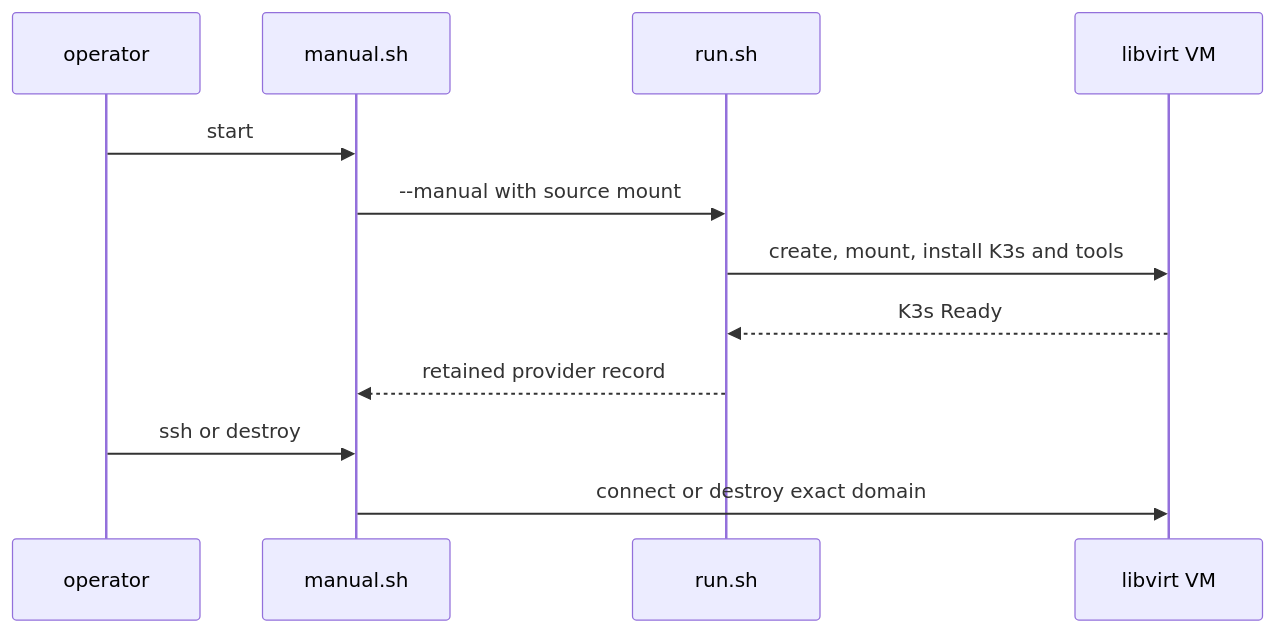
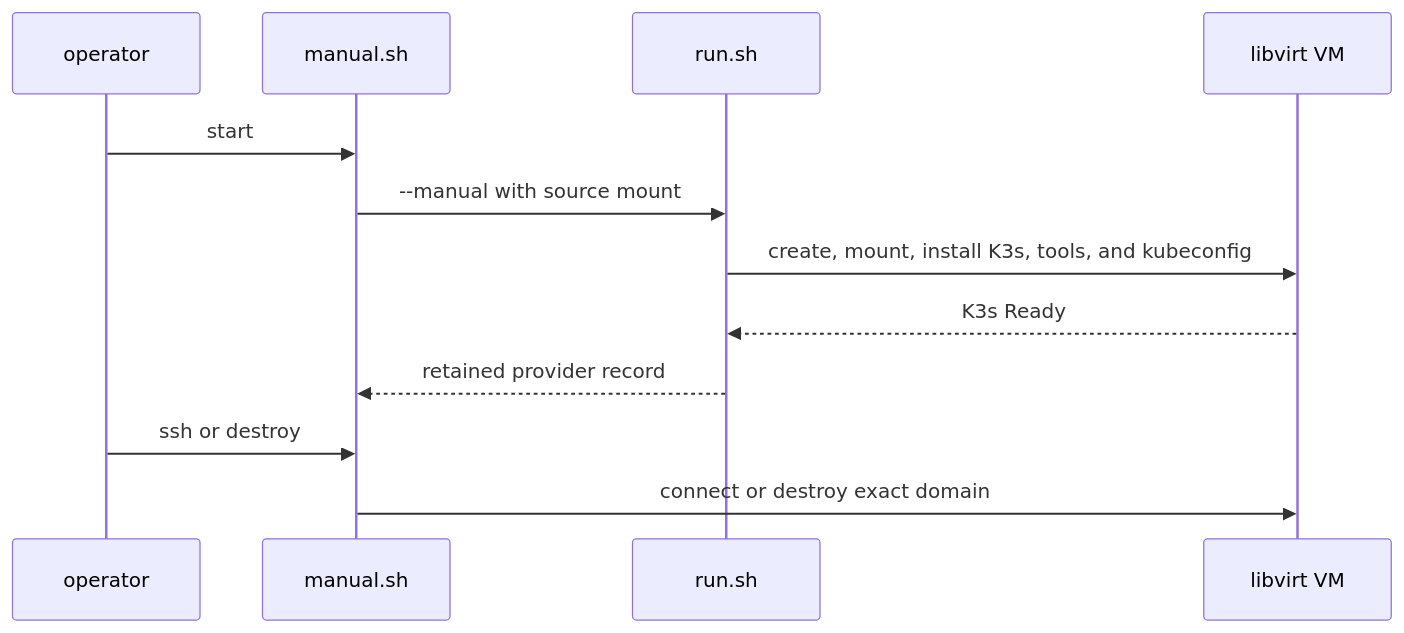
Before and after one commit to Ereborlabs/erebor-runtime: the first of 30 diagrams in docs/plans/mithril-hugging-face-intrusion-prevention/implemented-phase-review.md, drawn with Mermaid. The commit also changed other lines of this file and 3 other files, not shown here.

````diff
--- a/docs/plans/mithril-hugging-face-intrusion-prevention/implemented-phase-review.md
+++ b/docs/plans/mithril-hugging-face-intrusion-prevention/implemented-phase-review.md
@@ -58,15 +58,15 @@
 ```mermaid
 sequenceDiagram
     participant O as operator
     participant M as manual.sh
     participant R as run.sh
     participant V as libvirt VM
 
     O->>M: start
     M->>R: --manual with source mount
-    R->>V: create, mount, install K3s and tools
+    R->>V: create, mount, install K3s, tools, and kubeconfig
     V-->>R: K3s Ready
     R-->>M: retained provider record
     O->>M: ssh or destroy
     M->>V: connect or destroy exact domain
 ```
````
